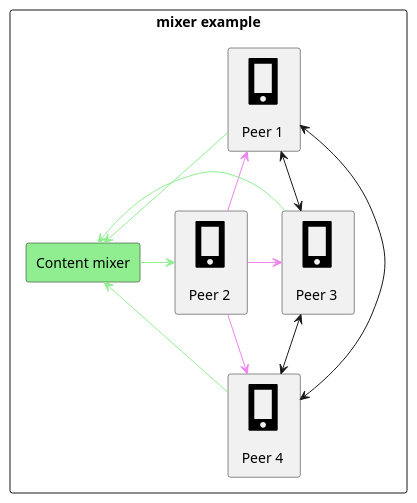
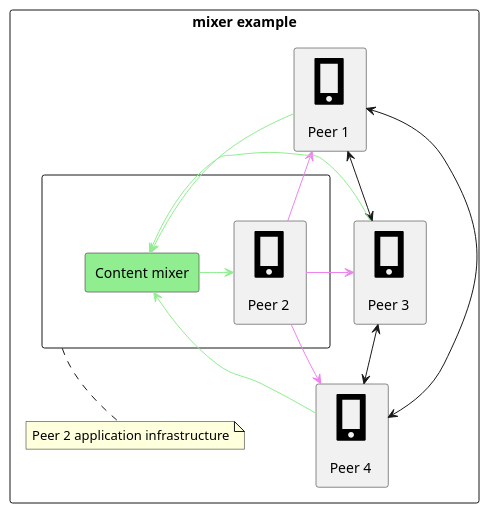
The third of 6 diagrams in doc/tutorials/jingle.md (esl/MongooseIM), drawn with PlantUML before and after one commit. The commit also changed other lines of this file, not shown here.

Commit message:
minor updates to diagrams at jingle.md tutorial

````diff
--- a/doc/tutorials/jingle.md
+++ b/doc/tutorials/jingle.md
@@ -113,24 +113,26 @@
 ```puml
 @startuml
 rectangle "mixer example" {
+  rectangle " <&phone*5>\n Peer 1" as p1
+  rectangle " " as p2i {
+    rectangle " <&phone*5>\n Peer 2" as p2
+    rectangle "Content mixer" as m1 #lightgreen
+  }
+  rectangle " <&phone*5>\n Peer 3" as p3
+  rectangle " <&phone*5>\n Peer 4" as p4
 
-rectangle " <&phone*5>\n Peer 1" as p1
-rectangle " <&phone*5>\n Peer 2" as p2
-rectangle " <&phone*5>\n Peer 3" as p3
-rectangle " <&phone*5>\n Peer 4" as p4
-rectangle "Content mixer" as m1 #lightgreen
+  note bottom of p2i: Peer 2 application infrastructure
 
-p1 -down-> m1 #lightgreen
-p1 <-down-> p3
-p1 <-down-> p4
-m1 -right-> p2 #lightgreen
-p2 -up-> p1 #violet
-p2 -right-> p3 #violet
-p2 -down-> p4 #violet
-p3 -left-> m1 #lightgreen
-p3 <-down-> p4
-p4 -up-> m1  #lightgreen
-
+  p1 -down-> m1 #lightgreen
+  p1 <-down-> p3
+  p1 <-down-> p4
+  m1 -right-> p2 #lightgreen
+  p2 -up-> p1 #violet
+  p2 -right-> p3 #violet
+  p2 -down-> p4 #violet
+  p3 -left-> m1 #lightgreen
+  p3 <-down-> p4
+  p4 -up-> m1  #lightgreen
 }
 @enduml
 ```
````
